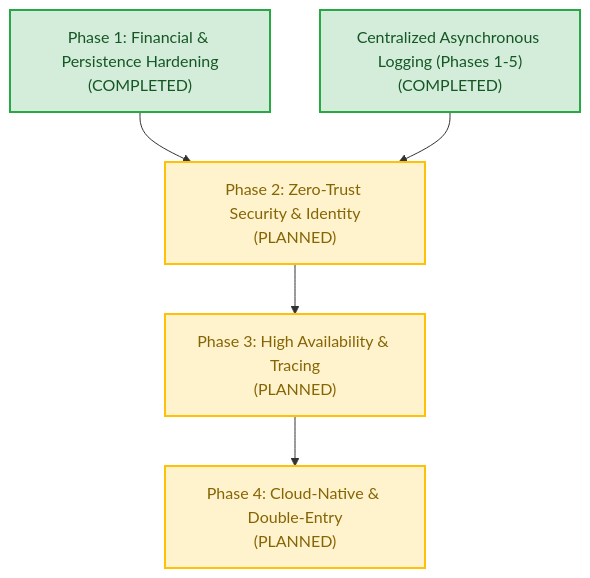
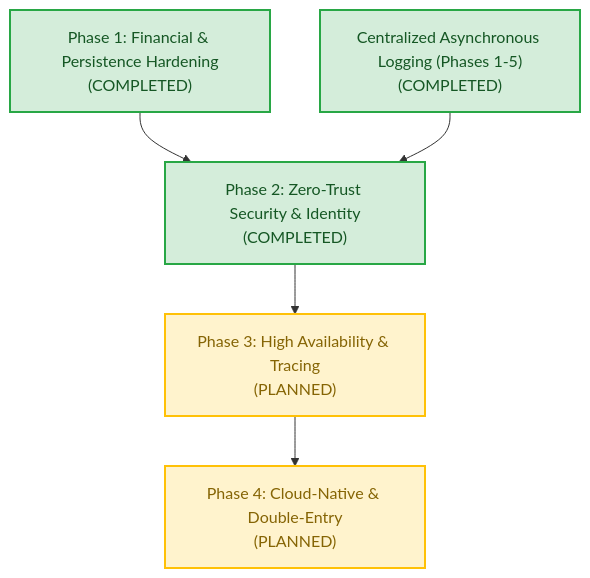
One commit to bkojha74/global-wallet-microservices changed the sixth of 6 diagrams in README.md. Above: the diagram before and after it, drawn with Mermaid. The commit also changed other lines of this file and 21 other files, not shown here.

````diff
--- a/README.md
+++ b/README.md
@@ -297,16 +398,16 @@
 ```mermaid
 graph TD
     classDef completed fill:#d4edda,stroke:#28a745,stroke-width:2px,color:#155724;
     classDef planned fill:#fff3cd,stroke:#ffc107,stroke-width:2px,color:#856404;
 
     P1["Phase 1: Financial & Persistence Hardening<br/>(COMPLETED)"]:::completed
     L15["Centralized Asynchronous Logging (Phases 1-5)<br/>(COMPLETED)"]:::completed
-    P2["Phase 2: Zero-Trust Security & Identity<br/>(PLANNED)"]:::planned
+    P2["Phase 2: Zero-Trust Security & Identity<br/>(COMPLETED)"]:::completed
     P3["Phase 3: High Availability & Tracing<br/>(PLANNED)"]:::planned
     P4["Phase 4: Cloud-Native & Double-Entry<br/>(PLANNED)"]:::planned
 
     P1 --> P2
     L15 --> P2
     P2 --> P3
     P3 --> P4
 ```
````
